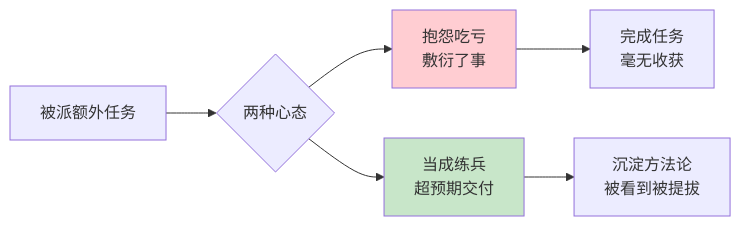
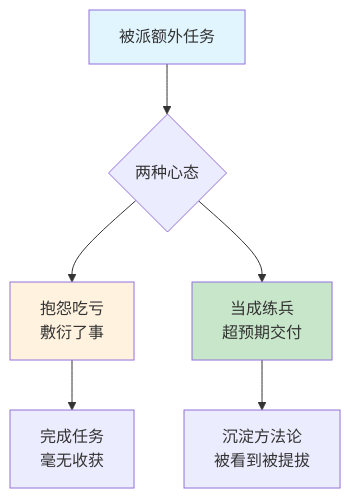
Before and after one commit to chongyang211/YCBookBlog: the first of 7 diagrams in packages/website/11.书籍/04.自我精进·学习/05.经营好自我公司.md, drawn with Mermaid. The commit also changed other lines of this file and 17 other files, not shown here.

````diff
--- a/packages/website/11.书籍/04.自我精进·学习/05.经营好自我公司.md
+++ b/packages/website/11.书籍/04.自我精进·学习/05.经营好自我公司.md
@@ -48,10 +46,11 @@
 ```mermaid
-graph LR
+graph TD
     A[被派额外任务] --> B{两种心态}
     B --> C[抱怨吃亏<br/>敷衍了事]
     B --> D[当成练兵<br/>超预期交付]
     C --> C1[完成任务<br/>毫无收获]
     D --> D1[沉淀方法论<br/>被看到被提拔]
-    style C fill:#ffcdd2
+    style A fill:#e1f5fe
+    style C fill:#fff3e0
     style D fill:#c8e6c9
 ```
````
